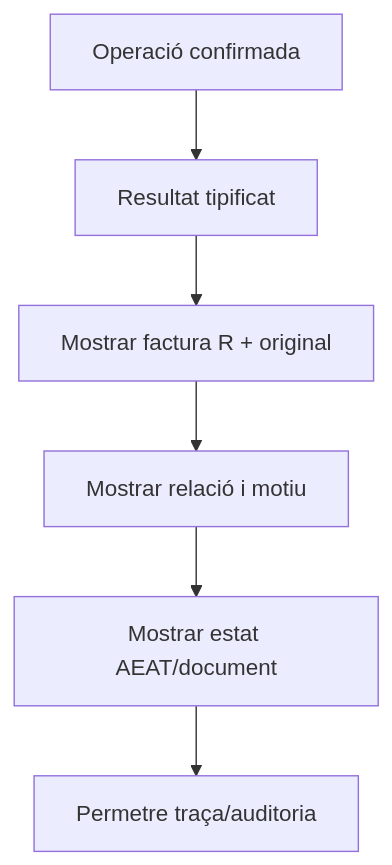
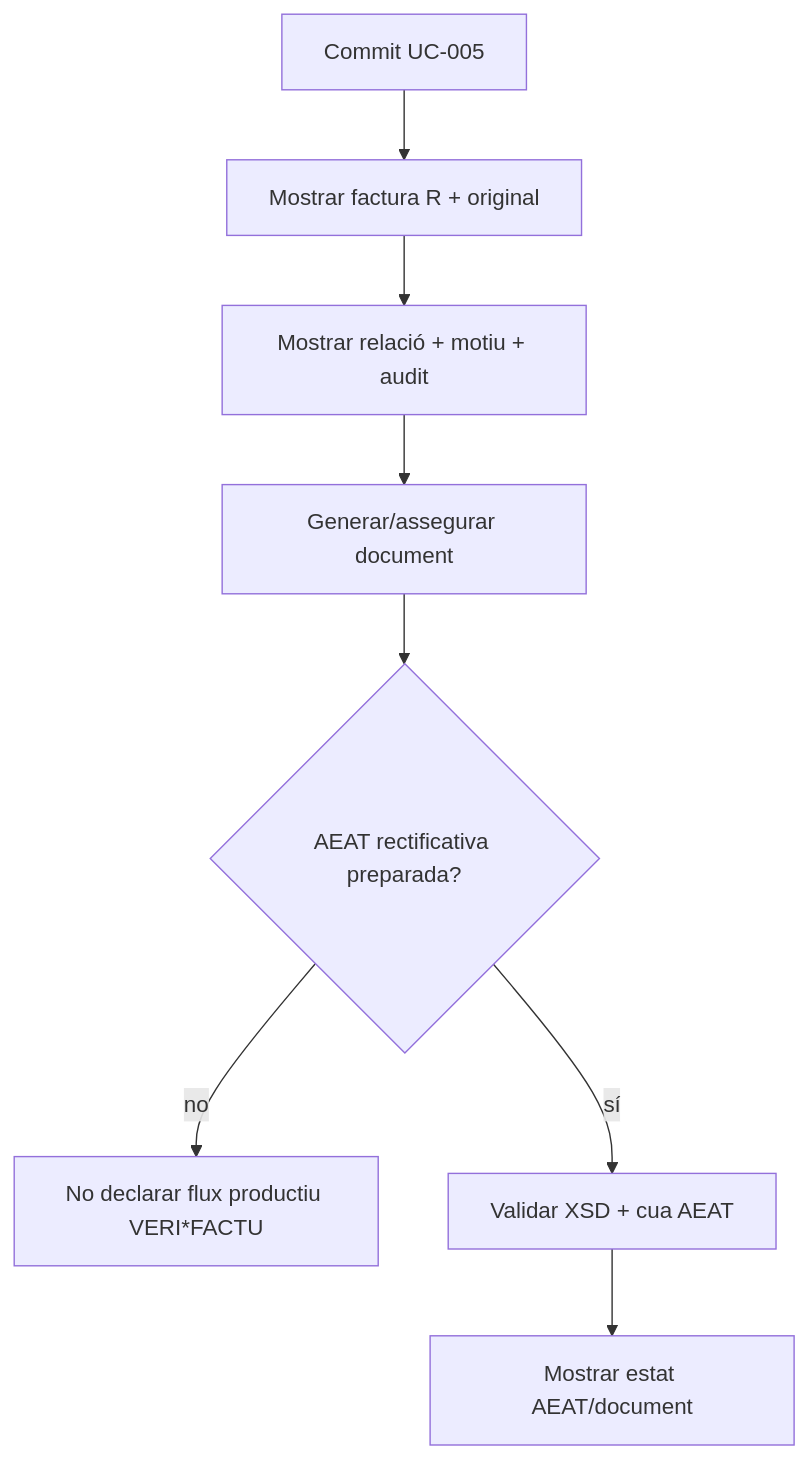
Before and after one commit to orgmeriemprismacat-del/verifactu: diagram 13 of 13 in documentacio/07-uml-integrat/uc-005-activitats-pagines-actual-final.md, drawn with Mermaid. The commit also changed other lines of this file, not shown here.

Commit message:
docs(UC-005): actualitza activitats per command i AEAT

````diff
--- a/documentacio/07-uml-integrat/uc-005-activitats-pagines-actual-final.md
+++ b/documentacio/07-uml-integrat/uc-005-activitats-pagines-actual-final.md
@@ -98,8 +176,10 @@
 ```mermaid
 flowchart TD
-A[Operació confirmada] --> B[Resultat tipificat]
-B --> C[Mostrar factura R + original]
-C --> D[Mostrar relació i motiu]
-D --> E[Mostrar estat AEAT/document]
-E --> F[Permetre traça/auditoria]
+A[Commit UC-005] --> B[Mostrar factura R + original]
+B --> C[Mostrar relació + motiu + audit]
+C --> D[Generar/assegurar document]
+D --> E{AEAT rectificativa preparada?}
+E -- no --> F[No declarar flux productiu VERI*FACTU]
+E -- sí --> G[Validar XSD + cua AEAT]
+G --> H[Mostrar estat AEAT/document]
 ```
````
